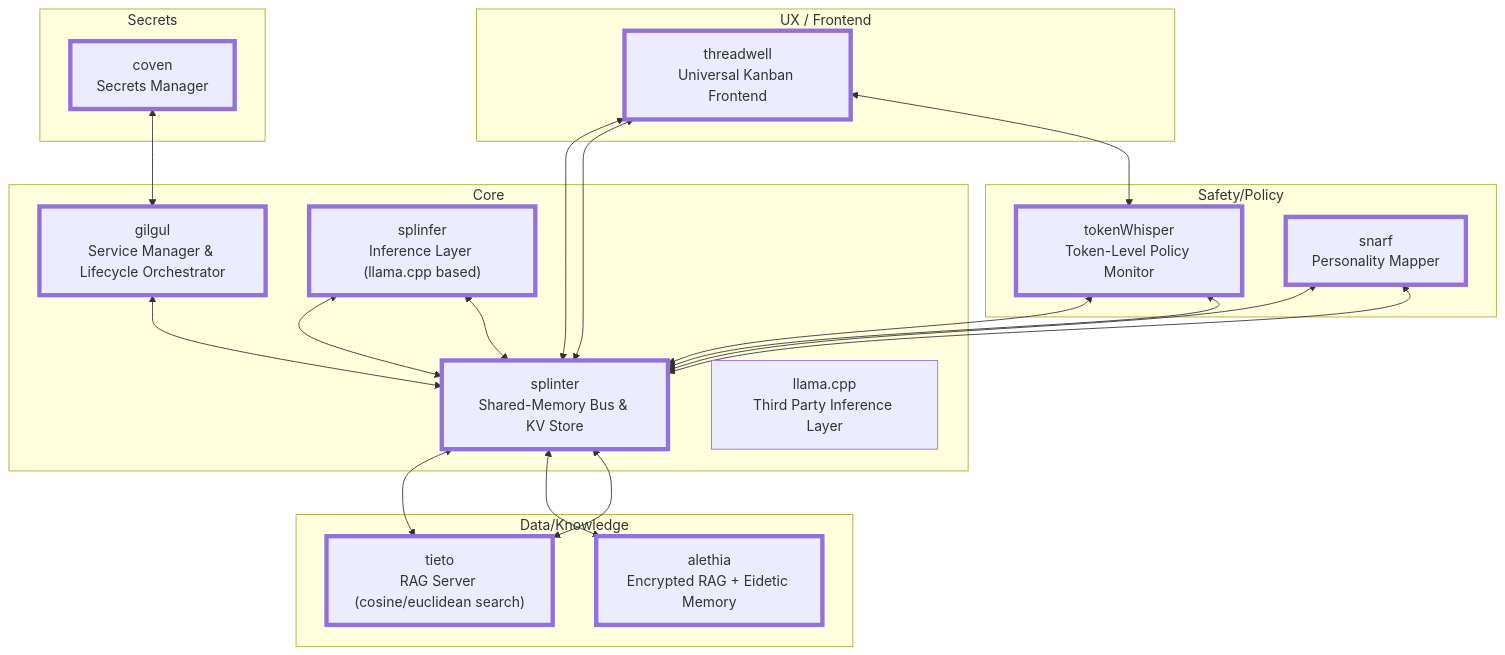
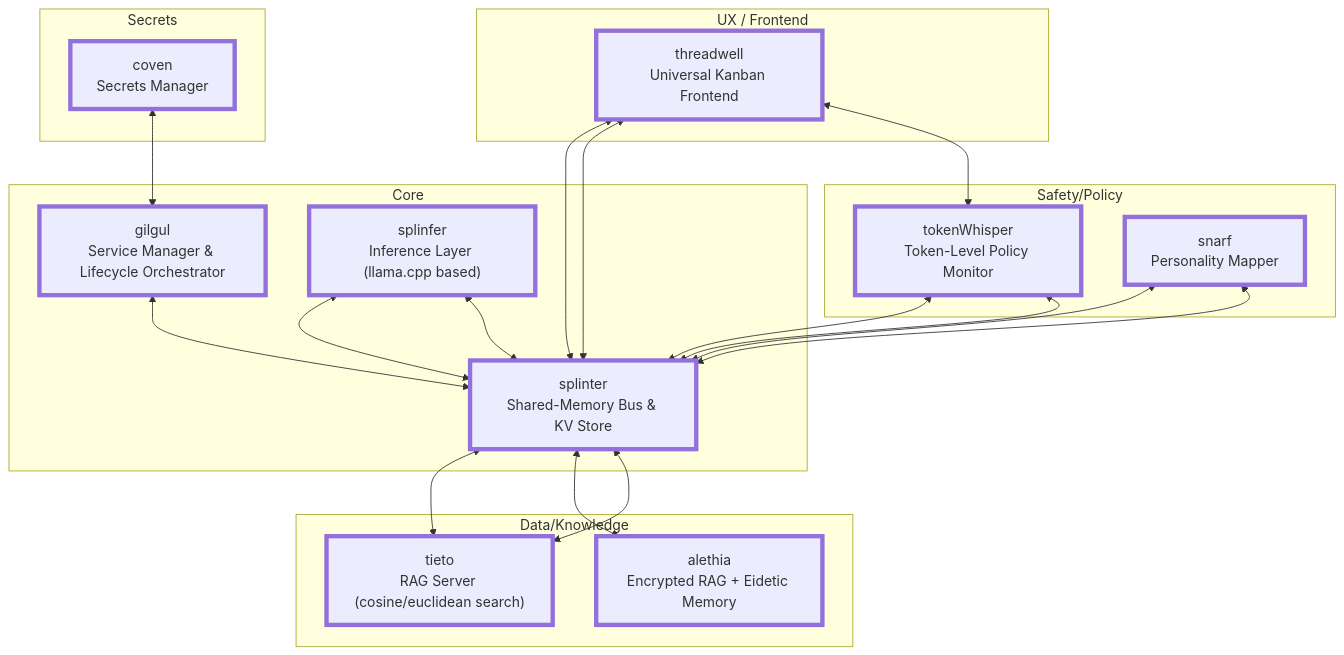
Before and after one commit to timthepost/runa: the diagram in README.md, drawn with Mermaid.

Commit message:
Readme: remove llama.cpp from component graph
We still (and always will) use the llama.cpp library, but we don't use llama-server or llama-cli anymore.

````diff
--- a/README.md
+++ b/README.md
@@ -91,64 +91,63 @@
 ```mermaid
 flowchart TD
     subgraph Core
         gilgul["gilgul<br/>Service Manager & Lifecycle Orchestrator"]
         splinter["splinter<br/>Shared-Memory Bus & KV Store"]
         splinfer["splinfer<br/>Inference Layer (llama.cpp based)"]
-        llama.cpp["llama.cpp<br />Third Party Inference Layer"]
     end
 
     subgraph Data/Knowledge
         tieto["tieto<br/>RAG Server (cosine/euclidean search)"]
         alethia["alethia<br/>Encrypted RAG + Eidetic Memory"]
     end
 
     subgraph UX / Frontend
         threadwell["threadwell<br/>Universal Kanban Frontend"]
     end
 
     subgraph Safety/Policy
         tokenWhisper["tokenWhisper<br/>Token-Level Policy Monitor"]
         snarf["snarf<br/>Personality Mapper"]
     end
 
     subgraph Secrets
         coven["coven<br/>Secrets Manager"]
     end
 
     %% Core relationships
     gilgul <--> splinter
     tieto <--> splinter
     splinfer <--> splinter
     threadwell <--> splinter
     tokenWhisper <--> splinter
     snarf <--> splinter
 
     %% Data/Knowledge flows
     splinfer <--> splinter
     splinter <--> tieto
     splinter <--> alethia
 
     %% Safety integration
     tokenWhisper <--> splinter
     snarf <--> splinter
 
     %% Secrets
     coven <--> gilgul
 
     %% Frontend connections
     threadwell <--> splinter
     threadwell <--> tokenWhisper
 
     %% Styling (for better GitHub legibility)
     classDef core stroke-width:5px;
     classDef data stroke-width:5px;
     classDef frontend stroke-width:5px;
     classDef safety stroke-width:5px;
     classDef secrets stroke-width:5px;
 
     class gilgul,splinter,splinfer core
     class tieto,alethia data
     class threadwell frontend
     class tokenWhisper,snarf safety
     class coven secrets
 ```
````
